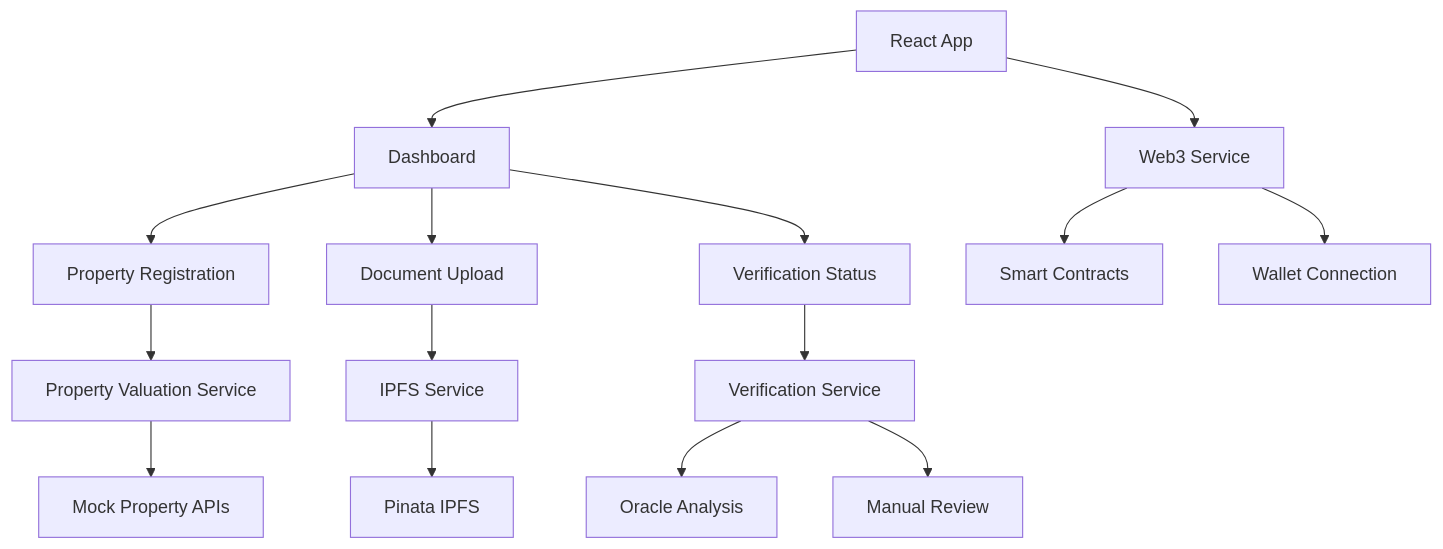
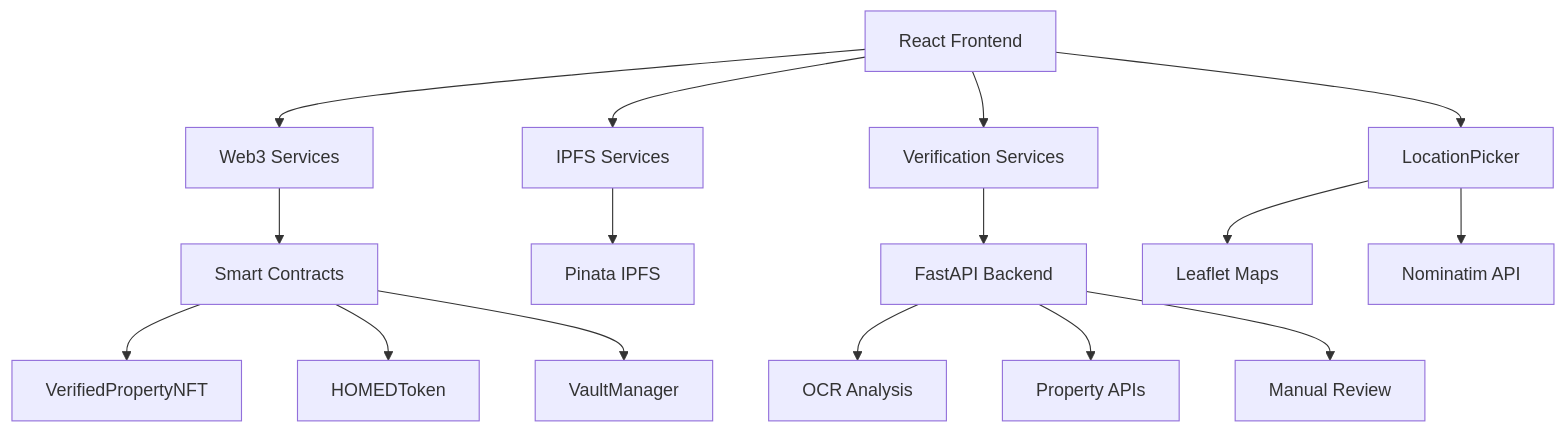
The first of 3 diagrams in README.md (prad18/RealEstateX), drawn with Mermaid before and after one commit. The commit also changed other lines of this file and 1 other file, not shown here.

Commit message:
Add example environment configuration for Regrid API key

````diff
--- a/README.md
+++ b/README.md
@@ -115,20 +68,22 @@
 ```mermaid
 graph TB
-    A[React App] --> B[Dashboard]
-    B --> C[Property Registration]
-    B --> D[Document Upload]
-    B --> E[Verification Status]
+    A[React Frontend] --> B[Web3 Services]
+    A --> C[IPFS Services]
+    A --> D[Verification Services]
     
-    C --> F[Property Valuation Service]
-    D --> G[IPFS Service]
-    E --> H[Verification Service]
+    B --> E[Smart Contracts]
+    C --> F[Pinata IPFS]
+    D --> G[FastAPI Backend]
     
-    F --> I[Mock Property APIs]
-    G --> J[Pinata IPFS]
-    H --> K[Oracle Analysis]
-    H --> L[Manual Review]
+    E --> H[VerifiedPropertyNFT]
+    E --> I[HOMEDToken]
+    E --> J[VaultManager]
     
-    A --> M[Web3 Service]
-    M --> N[Smart Contracts]
-    M --> O[Wallet Connection]
+    G --> K[OCR Analysis]
+    G --> L[Property APIs]
+    G --> M[Manual Review]
+    
+    A --> N[LocationPicker]
+    N --> O[Leaflet Maps]
+    N --> P[Nominatim API]
 ```
````
